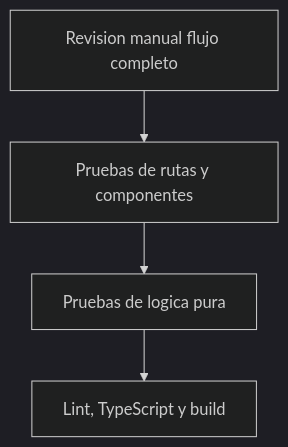
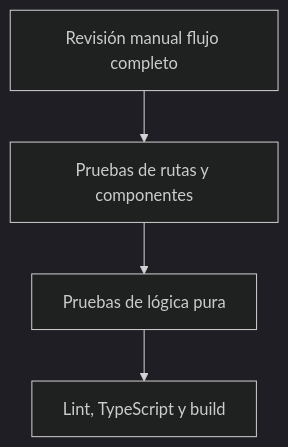
Before and after one commit to andresfccy/poli-tsp: the diagram in docs/qa/index.md, drawn with Mermaid (dark theme). The commit also changed other lines of this file and 13 other files, not shown here.

Commit message:
docs: fix accents and mermaid labels

````diff
--- a/docs/qa/index.md
+++ b/docs/qa/index.md
@@ -9,6 +9,6 @@
 ```mermaid
 flowchart TD
-  E2E[Revision manual flujo completo] --> Components[Pruebas de rutas y componentes]
-  Components --> Logic[Pruebas de logica pura]
-  Logic --> Static[Lint, TypeScript y build]
+  E2E["Revisión manual flujo completo"] --> Components["Pruebas de rutas y componentes"]
+  Components --> Logic["Pruebas de lógica pura"]
+  Logic --> Static["Lint, TypeScript y build"]
 ```
````
